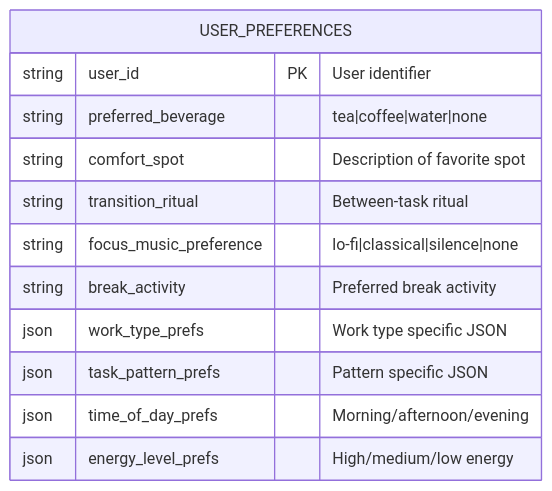
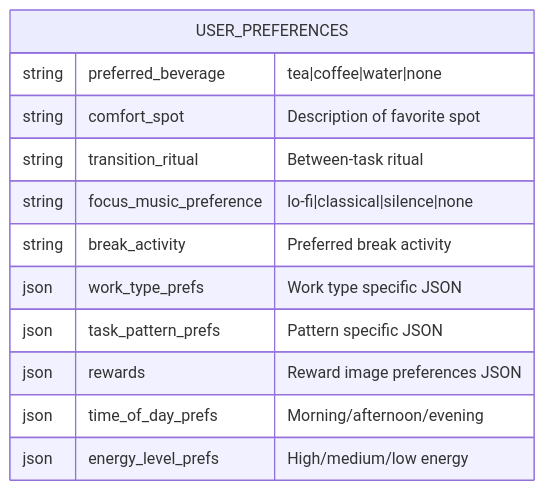
Before and after one commit to NickBorgersProbably/hide-my-list: the fourth of 10 diagrams in docs/user-preferences.md, drawn with Mermaid. The commit also changed other lines of this file and 2 other files, not shown here.

````diff
--- a/docs/user-preferences.md
+++ b/docs/user-preferences.md
@@ -134,15 +150,15 @@
 ```mermaid
 erDiagram
     USER_PREFERENCES {
-        string user_id PK "User identifier"
         string preferred_beverage "tea|coffee|water|none"
         string comfort_spot "Description of favorite spot"
         string transition_ritual "Between-task ritual"
         string focus_music_preference "lo-fi|classical|silence|none"
         string break_activity "Preferred break activity"
         json work_type_prefs "Work type specific JSON"
         json task_pattern_prefs "Pattern specific JSON"
+        json rewards "Reward image preferences JSON"
         json time_of_day_prefs "Morning/afternoon/evening"
         json energy_level_prefs "High/medium/low energy"
     }
 ```
````
